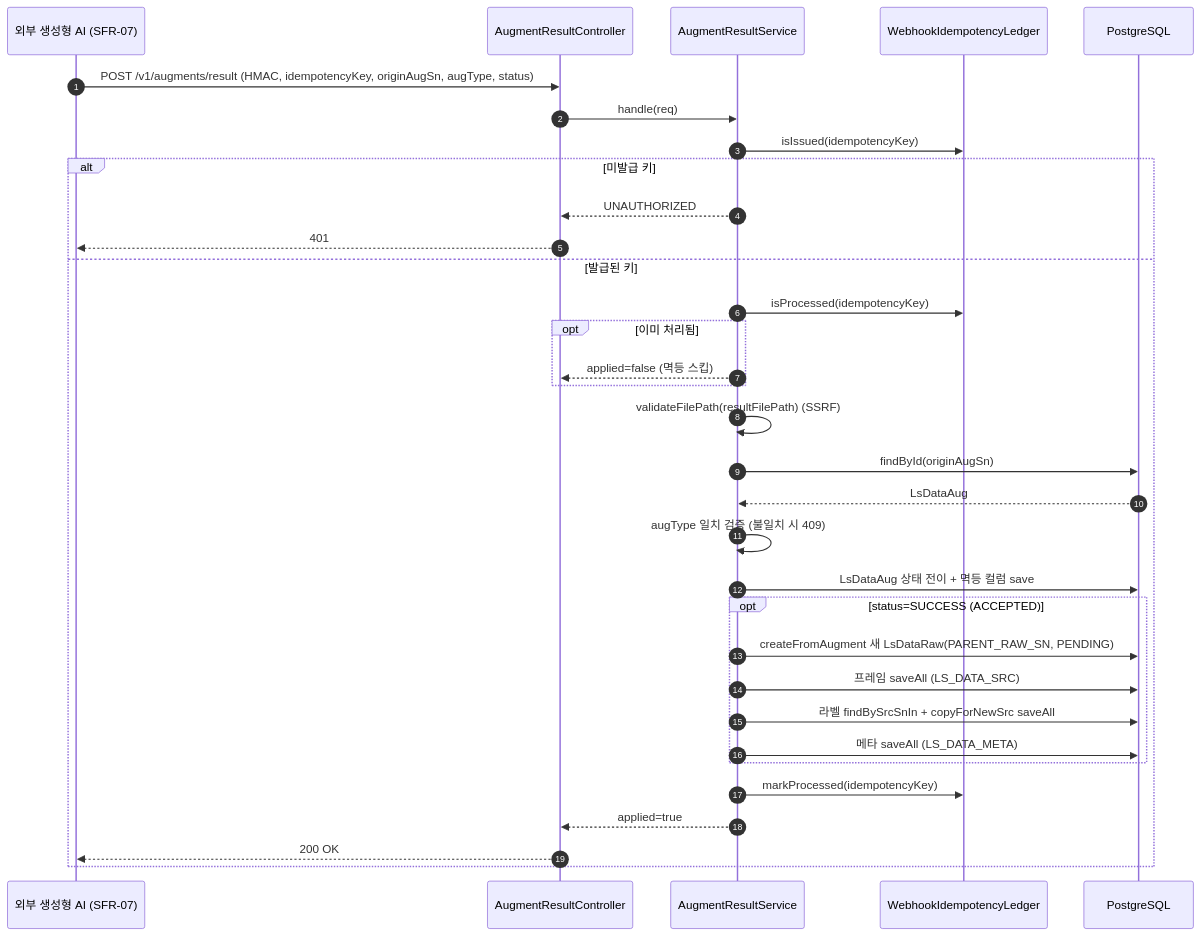
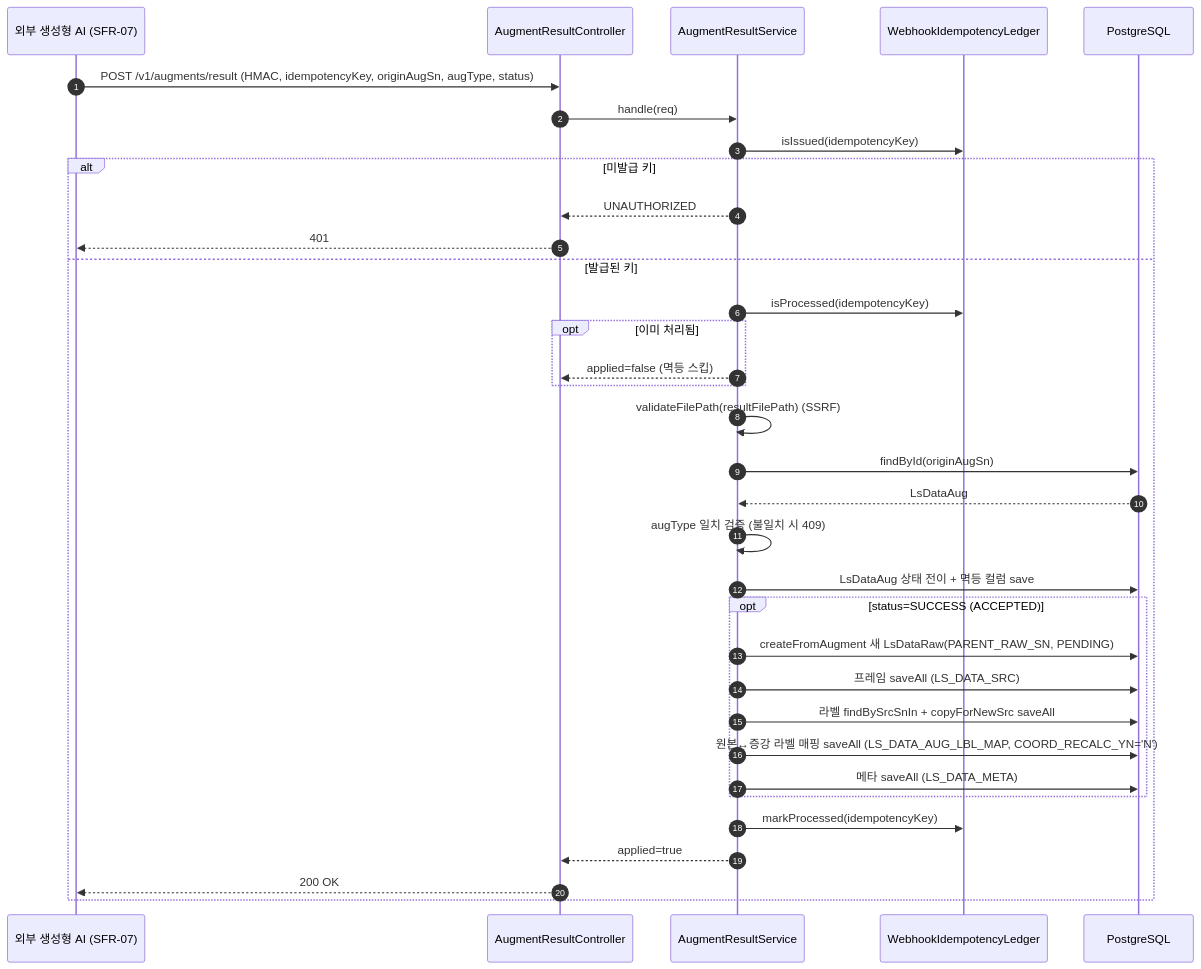
The second of 26 diagrams in docs/design/D1-클래스설계서.md (New-stella/klid-label), drawn with Mermaid before and after one commit. The commit also changed other lines of this file and 4 other files, not shown here.

First line of the commit message:
feat(augment): 증강 라벨 매핑(LS_DATA_AUG_LBL_MAP) 쓰기 경로 구현

````diff
--- a/docs/design/D1-클래스설계서.md
+++ b/docs/design/D1-클래스설계서.md
@@ -223,36 +226,37 @@
 ```mermaid
 sequenceDiagram
     autonumber
     participant EX as 외부 생성형 AI (SFR-07)
     participant ARC as AugmentResultController
     participant ARS as AugmentResultService
     participant LG as WebhookIdempotencyLedger
     participant DB as PostgreSQL
 
     EX->>ARC: POST /v1/augments/result (HMAC, idempotencyKey, originAugSn, augType, status)
     ARC->>ARS: handle(req)
     ARS->>LG: isIssued(idempotencyKey)
     alt 미발급 키
         ARS-->>ARC: UNAUTHORIZED
         ARC-->>EX: 401
     else 발급된 키
         ARS->>LG: isProcessed(idempotencyKey)
         opt 이미 처리됨
             ARS-->>ARC: applied=false (멱등 스킵)
         end
         ARS->>ARS: validateFilePath(resultFilePath) (SSRF)
         ARS->>DB: findById(originAugSn)
         DB-->>ARS: LsDataAug
         ARS->>ARS: augType 일치 검증 (불일치 시 409)
         ARS->>DB: LsDataAug 상태 전이 + 멱등 컬럼 save
         opt status=SUCCESS (ACCEPTED)
             ARS->>DB: createFromAugment 새 LsDataRaw(PARENT_RAW_SN, PENDING)
             ARS->>DB: 프레임 saveAll (LS_DATA_SRC)
             ARS->>DB: 라벨 findBySrcSnIn + copyForNewSrc saveAll
+            ARS->>DB: 원본↔증강 라벨 매핑 saveAll (LS_DATA_AUG_LBL_MAP, COORD_RECALC_YN='N')
             ARS->>DB: 메타 saveAll (LS_DATA_META)
         end
         ARS->>LG: markProcessed(idempotencyKey)
         ARS-->>ARC: applied=true
         ARC-->>EX: 200 OK
     end
 ```
````
